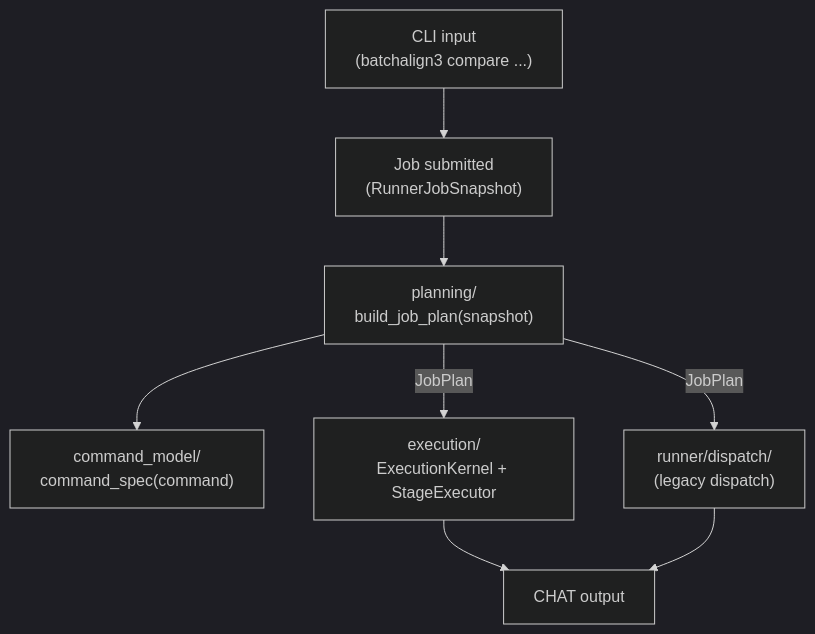
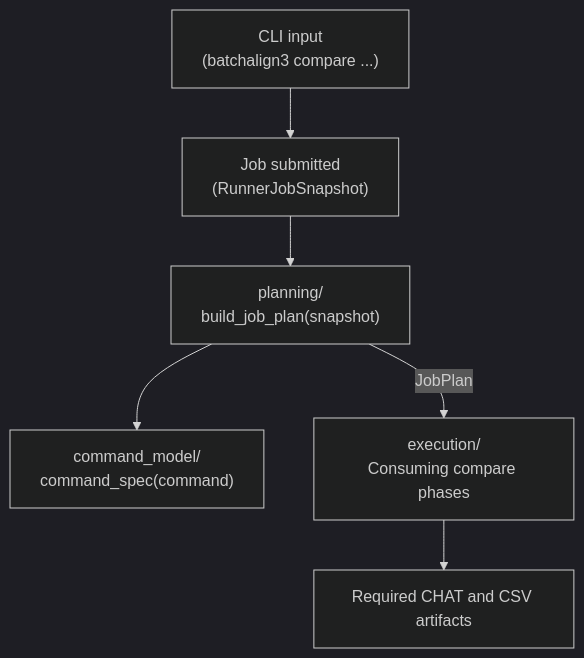
The third of 5 diagrams in book/src/architecture/runtime/dispatch.md (FranklinChen/talkbank-tools), drawn with Mermaid (dark theme) before and after one commit. The commit also changed other lines of this file and 204 other files, not shown here.

First line of the commit message:
Bind BA3 preparation, worker execution and output to their owners

````diff
--- a/book/src/architecture/runtime/dispatch.md
+++ b/book/src/architecture/runtime/dispatch.md
@@ -245,18 +239,15 @@
 ```mermaid
 flowchart TD
-    CLI["CLI input\n(batchalign3 compare ...)"]
-    Store["Job submitted\n(RunnerJobSnapshot)"]
-    CmdModel["command_model/\ncommand_spec(command)"]
-    Plan["planning/\nbuild_job_plan(snapshot)"]
-    Exec["execution/\nExecutionKernel + StageExecutor"]
-    Legacy["runner/dispatch/\n(legacy dispatch)"]
-    Output["CHAT output"]
+    CLI["CLI input<br/>(batchalign3 compare ...)"]
+    Store["Job submitted<br/>(RunnerJobSnapshot)"]
+    CmdModel["command_model/<br/>command_spec(command)"]
+    Plan["planning/<br/>build_job_plan(snapshot)"]
+    Exec["execution/<br/>Consuming compare phases"]
+    Output["Required CHAT and CSV artifacts"]
 
     CLI --> Store
     Store --> Plan
     Plan --> CmdModel
     Plan -->|JobPlan| Exec
-    Plan -->|JobPlan| Legacy
     Exec --> Output
-    Legacy --> Output
 ```
````
